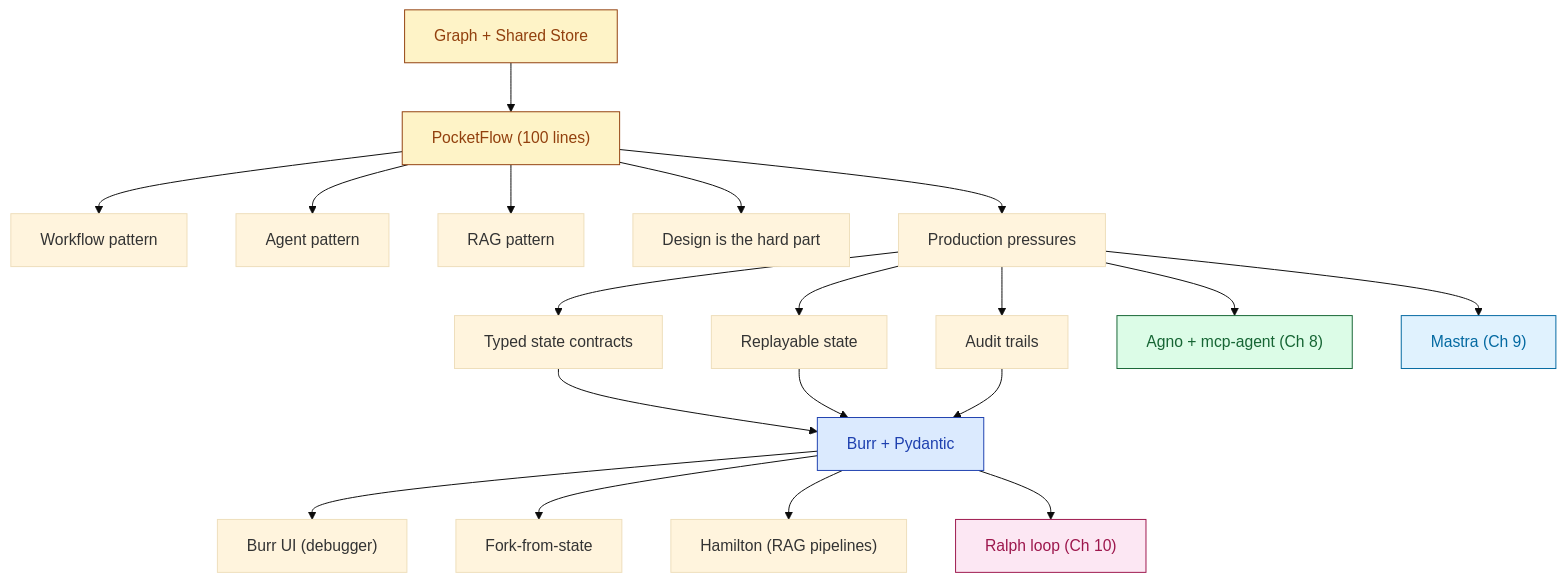
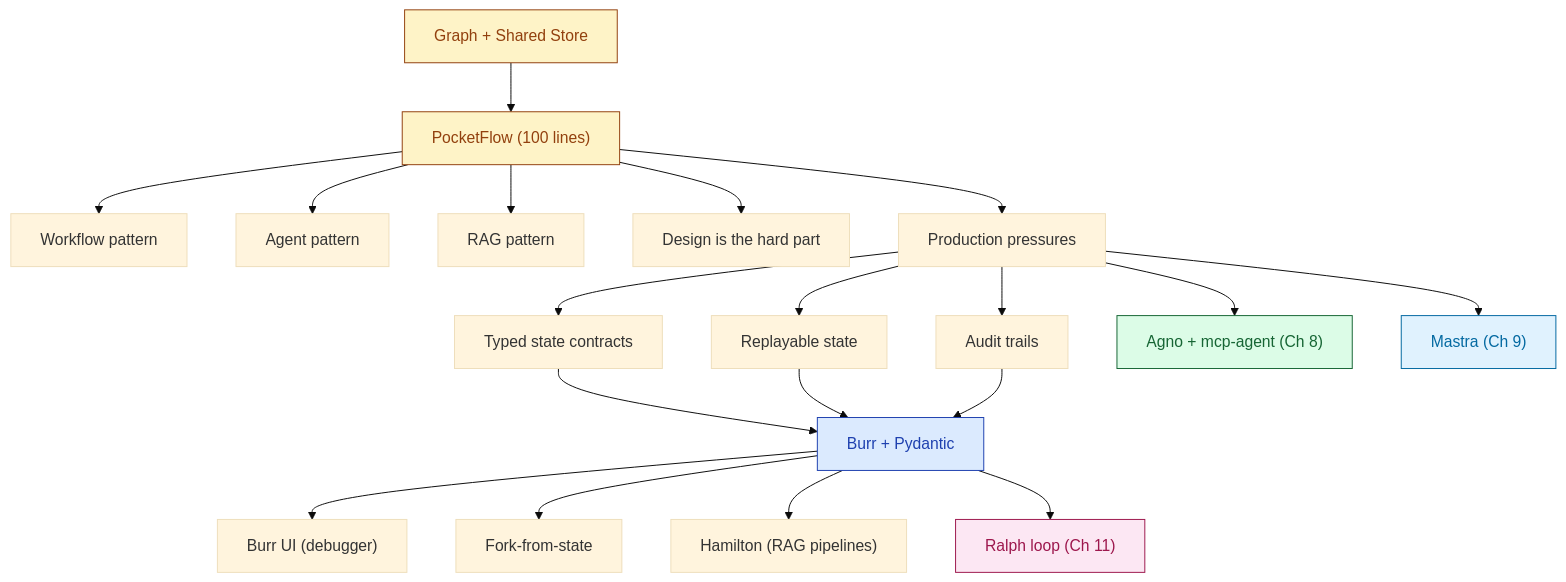
One commit to bayeslearner/ai-software-engineering changed the third of 3 diagrams in chapters/ch07-pocketflow.qmd. Above: the diagram before and after it, drawn with Mermaid (base theme). The commit also changed other lines of this file and 10 other files, not shown here.

````diff
--- a/chapters/ch07-pocketflow.qmd
+++ b/chapters/ch07-pocketflow.qmd
@@ -1020,28 +1035,28 @@
 ```{mermaid}
 %%| fig-cap: "How the chapter's concepts connect — from learning model to production deployment"
 flowchart TD
     GS["Graph + Shared Store"] --> PF["PocketFlow (100 lines)"]
     PF --> W["Workflow pattern"]
     PF --> AG["Agent pattern"]
     PF --> RAG["RAG pattern"]
     PF --> D["Design is the hard part"]
     PF --> PR["Production pressures"]
     PR --> T["Typed state contracts"]
     PR --> R["Replayable state"]
     PR --> A["Audit trails"]
     T --> B["Burr + Pydantic"]
     R --> B
     A --> B
     B --> UI["Burr UI (debugger)"]
     B --> FS["Fork-from-state"]
     B --> H["Hamilton (RAG pipelines)"]
-    B --> RL["Ralph loop (Ch 10)"]
+    B --> RL["Ralph loop (Ch 11)"]
     PR --> CH8["Agno + mcp-agent (Ch 8)"]
     PR --> CH9["Mastra (Ch 9)"]
     style GS fill:#fef3c7,stroke:#92400e,color:#92400e
     style PF fill:#fef3c7,stroke:#92400e,color:#92400e
     style B fill:#dbeafe,stroke:#1e40af,color:#1e40af
     style RL fill:#fce7f3,stroke:#9d174d,color:#9d174d
     style CH8 fill:#dcfce7,stroke:#166534,color:#166534
     style CH9 fill:#e0f2fe,stroke:#0369a1,color:#0369a1
 ```
````
